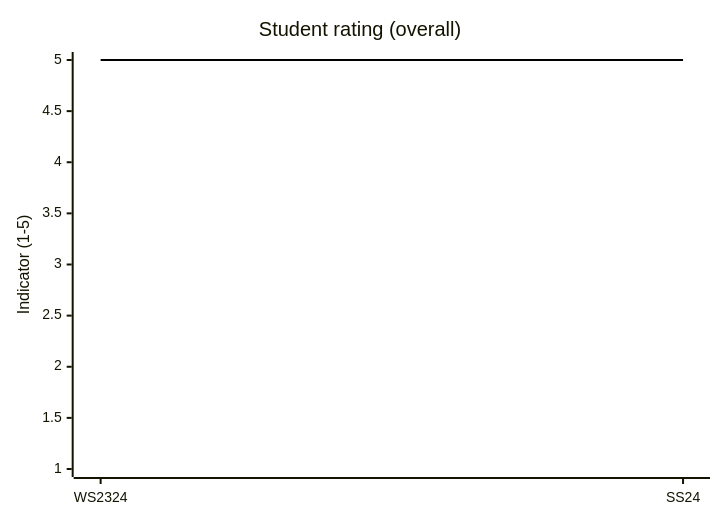
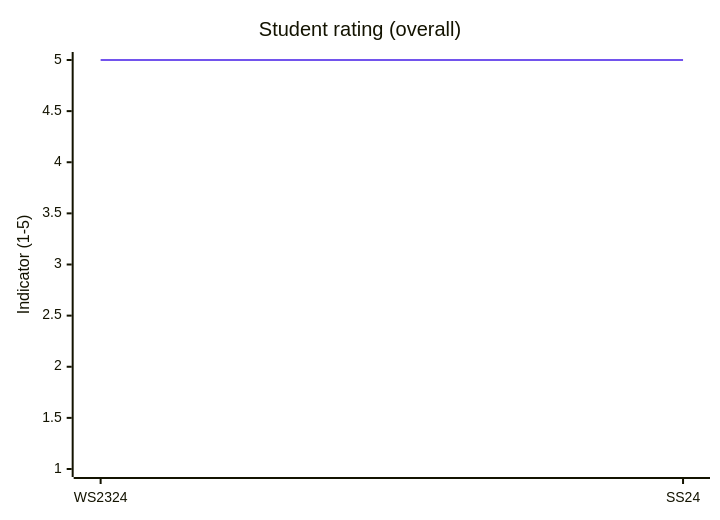
The first of 2 diagrams in docs/evaluations.md (digital-work-lab/literature-review-seminar), drawn with Mermaid before and after one commit. The commit also changed other lines of this file, not shown here.

````diff
--- a/docs/evaluations.md
+++ b/docs/evaluations.md
@@ -24,8 +24,8 @@
 ```mermaid
-%%{init: { "themeVariables": {"xyChart": {"plotColorPalette": "#000000", "plotLineWidth": 4} } }}%%
+%%{init: { "themeVariables": {"xyChart": {"plotColorPalette": "#7253ed", "plotLineWidth": 4} } }}%%
 xychart-beta
     title "Student rating (overall)"
     x-axis [WS2324, SS24]
     y-axis "Indicator (1-5)" 1 --> 5
     line [5.0, 5.0]
 ```
````
